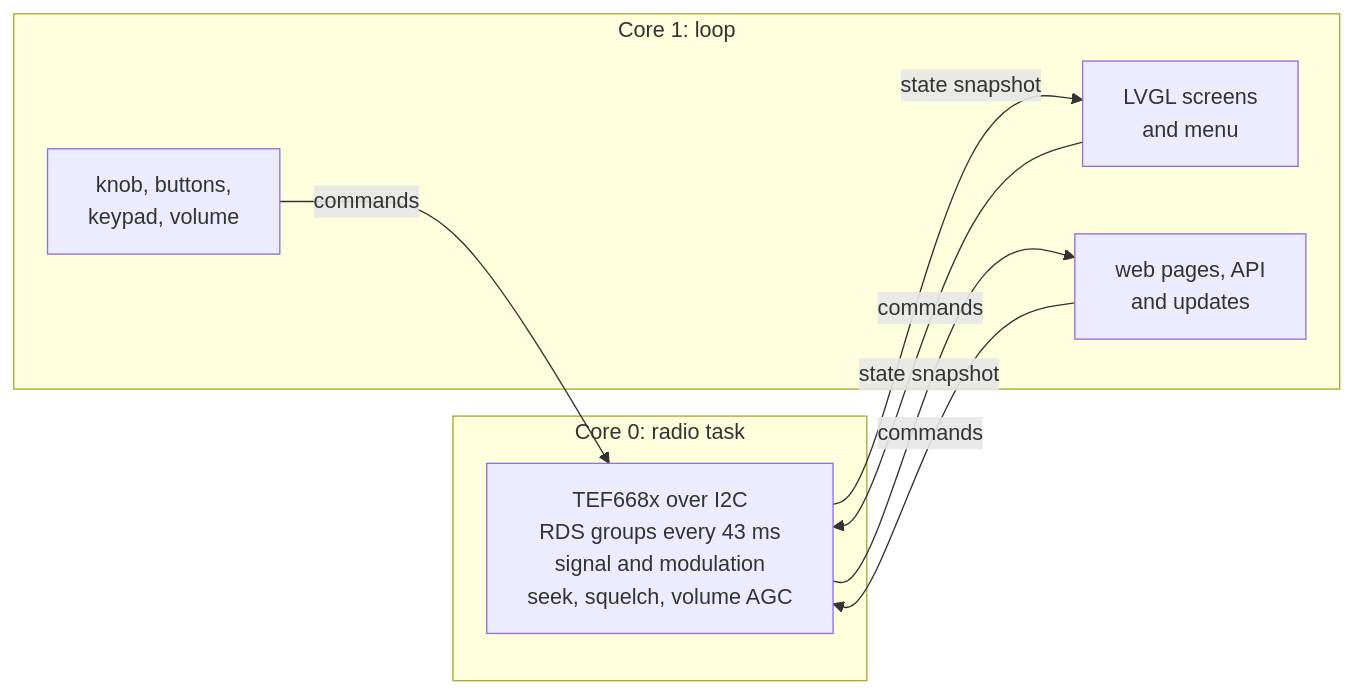
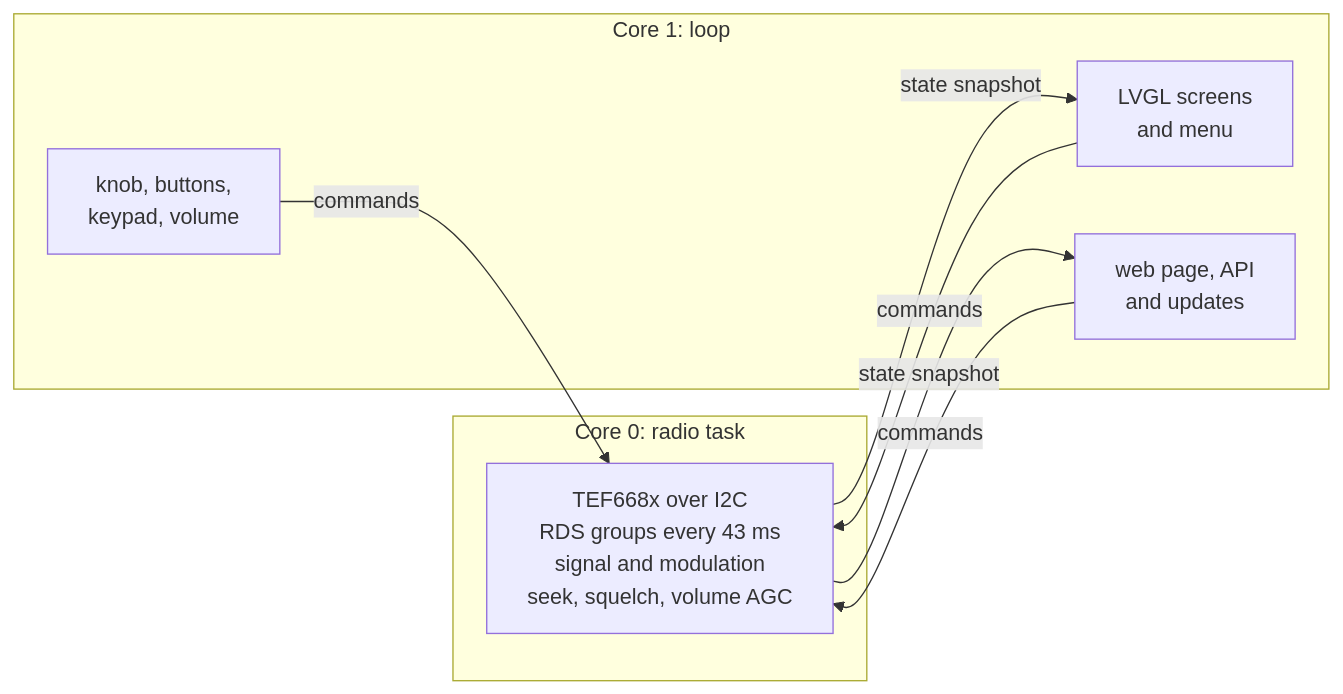
One commit to zeevy/tef668x-esp32 changed the second of 4 diagrams in README.md. Above: the diagram before and after it, drawn with Mermaid. The commit also changed other lines of this file and 151 other files, not shown here.

First line of the commit message:
Rebuild the web page in Preact, as one file in the firmware (#127)

````diff
--- a/README.md
+++ b/README.md
@@ -202,17 +204,17 @@
 ```mermaid
 flowchart LR
     subgraph c0["Core 0: radio task"]
         T["TEF668x over I2C<br/>RDS groups every 43 ms<br/>signal and modulation<br/>seek, squelch, volume AGC"]
     end
     subgraph c1["Core 1: loop"]
         IN["knob, buttons,<br/>keypad, volume"]
         L["LVGL screens<br/>and menu"]
-        W["web pages, API<br/>and updates"]
+        W["web page, API<br/>and updates"]
     end
 
     T -- "state snapshot" --> L
     T -- "state snapshot" --> W
     IN -- "commands" --> T
     L -- "commands" --> T
     W -- "commands" --> T
 ```
````
